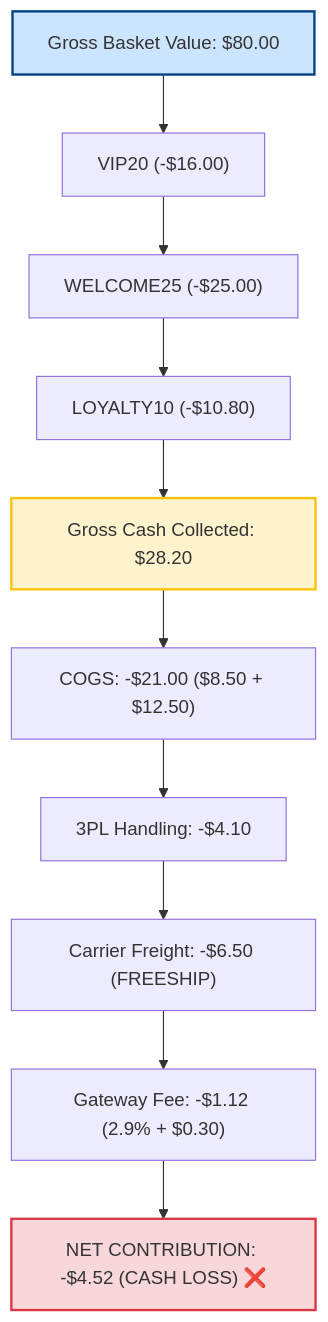
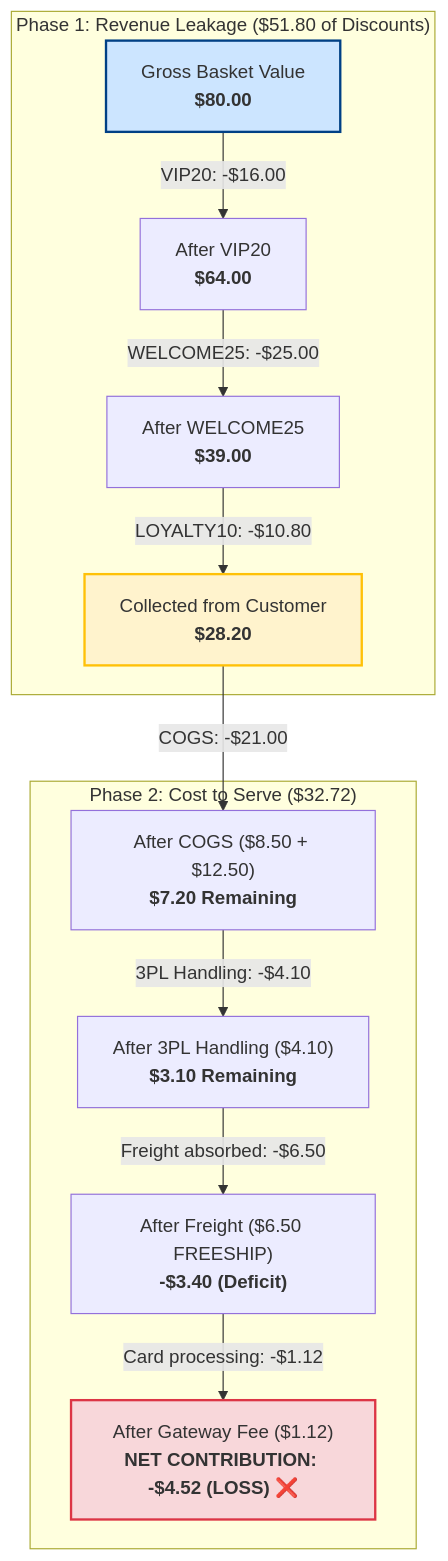
One commit to riovicsusas/portfolio changed the fifth of 5 diagrams in domain-5-technical-diagnosis/MasterDossier-Domain5-MarginDefenseAndCartDiagnostics.md. Above: the diagram before and after it, drawn with Mermaid. The commit also changed other lines of this file and 1 other file, not shown here.

````diff
--- a/domain-5-technical-diagnosis/MasterDossier-Domain5-MarginDefenseAndCartDiagnostics.md
+++ b/domain-5-technical-diagnosis/MasterDossier-Domain5-MarginDefenseAndCartDiagnostics.md
@@ -272,17 +310,28 @@
 ```mermaid
 flowchart TD
-    G["Gross Basket Value: $80.00"] --> D1["VIP20 (-$16.00)"]
-    D1 --> D2["WELCOME25 (-$25.00)"]
-    D2 --> D3["LOYALTY10 (-$10.80)"]
-    D3 --> R["Gross Cash Collected: $28.20"]
+    subgraph P1["Phase 1: Revenue Leakage ($51.80 of Discounts)"]
+        G["Gross Basket Value<br/><b>$80.00</b>"]
+        A["After VIP20<br/><b>$64.00</b>"]
+        B["After WELCOME25<br/><b>$39.00</b>"]
+        C["Collected from Customer<br/><b>$28.20</b>"]
+    end
 
-    R --> C1["COGS: -$21.00 ($8.50 + $12.50)"]
-    C1 --> C2["3PL Handling: -$4.10"]
-    C2 --> C3["Carrier Freight: -$6.50 (FREESHIP)"]
-    C3 --> C4["Gateway Fee: -$1.12 (2.9% + $0.30)"]
-    C4 --> NET["NET CONTRIBUTION: -$4.52 (CASH LOSS) ❌"]
+    subgraph P2["Phase 2: Cost to Serve ($32.72)"]
+        D["After COGS ($8.50 + $12.50)<br/><b>$7.20 Remaining</b>"]
+        E["After 3PL Handling ($4.10)<br/><b>$3.10 Remaining</b>"]
+        F["After Freight ($6.50 FREESHIP)<br/><b>-$3.40 (Deficit)</b>"]
+        Z["After Gateway Fee ($1.12)<br/><b>NET CONTRIBUTION: -$4.52 (LOSS) ❌</b>"]
+    end
+
+    G -->|"VIP20: -$16.00"| A
+    A -->|"WELCOME25: -$25.00"| B
+    B -->|"LOYALTY10: -$10.80"| C
+    C -->|"COGS: -$21.00"| D
+    D -->|"3PL Handling: -$4.10"| E
+    E -->|"Freight absorbed: -$6.50"| F
+    F -->|"Card processing: -$1.12"| Z
 
     style G fill:#cce5ff,stroke:#004085,stroke-width:2px;
-    style R fill:#fff3cd,stroke:#ffc107,stroke-width:2px;
-    style NET fill:#f8d7da,stroke:#dc3545,stroke-width:2px;
+    style C fill:#fff3cd,stroke:#ffc107,stroke-width:2px;
+    style Z fill:#f8d7da,stroke:#dc3545,stroke-width:2px;
 ```
````
